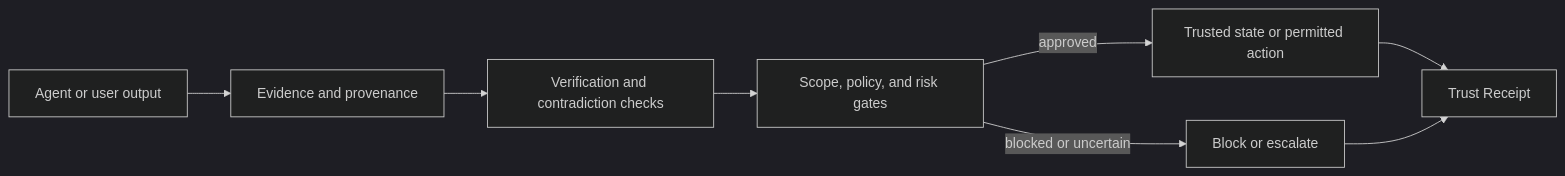
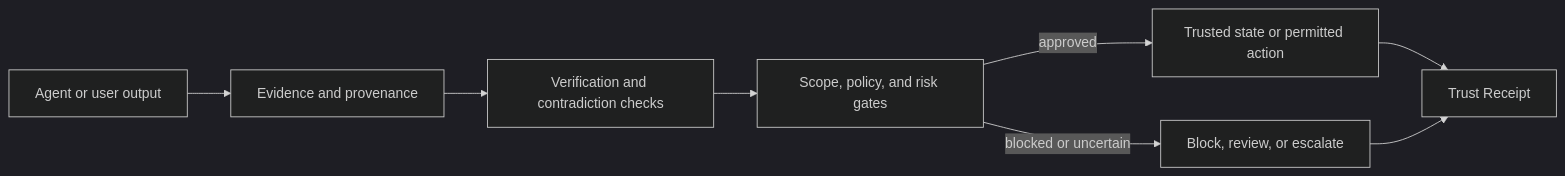
One commit to ali-ulu/huqan changed the diagram in README.md. Above: the diagram before and after it, drawn with Mermaid (dark theme). The commit also changed other lines of this file and 1 other file, not shown here.

````diff
--- a/README.md
+++ b/README.md
@@ -247,10 +73,10 @@
 ```mermaid
 flowchart LR
     A[Agent or user output] --> B[Evidence and provenance]
     B --> C[Verification and contradiction checks]
     C --> D[Scope, policy, and risk gates]
     D -->|approved| E[Trusted state or permitted action]
-    D -->|blocked or uncertain| F[Block or escalate]
+    D -->|blocked or uncertain| F[Block, review, or escalate]
     E --> G[Trust Receipt]
     F --> G
 ```
````
